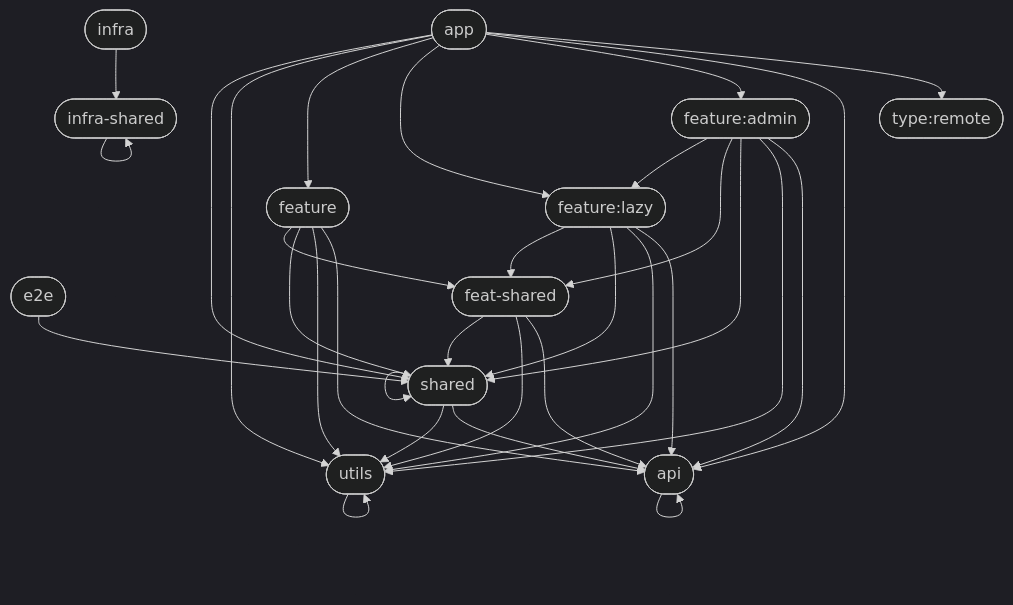
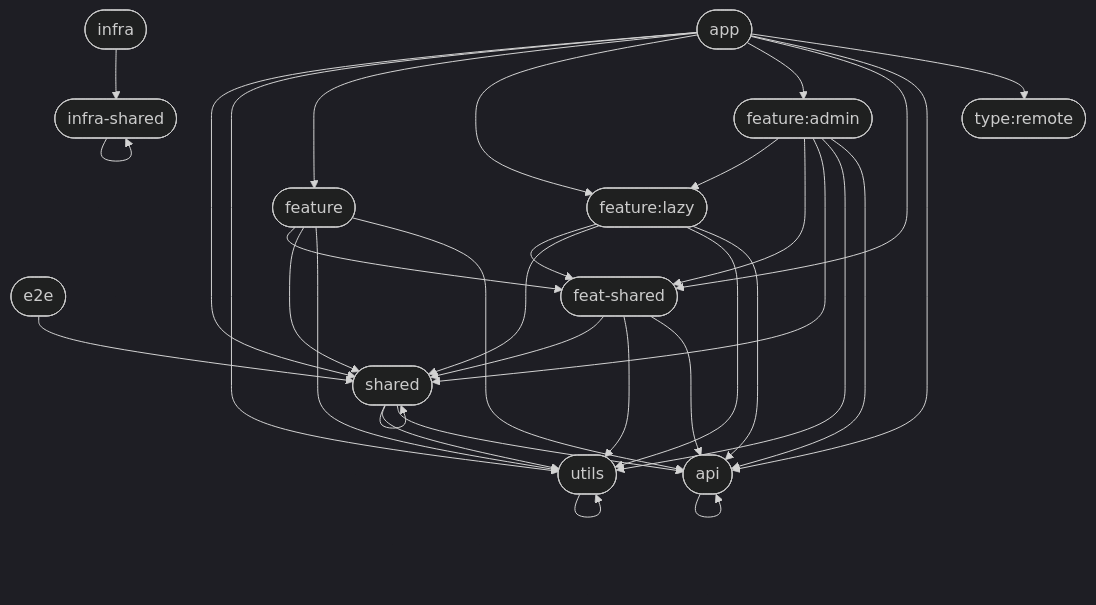
The second of 4 diagrams in docs/architecture/README.md (WolfSoko/wol-sok-mono), drawn with Mermaid (dark theme) before and after one commit. The commit also changed other lines of this file and 525 other files, not shown here.

````diff
--- a/docs/architecture/README.md
+++ b/docs/architecture/README.md
@@ -56,46 +60,47 @@
 ```mermaid
 flowchart TD
   api(["api"])
   app(["app"])
   e2e(["e2e"])
   feat_shared(["feat-shared"])
   feature(["feature"])
   feature_admin(["feature:admin"])
   feature_lazy(["feature:lazy"])
   infra(["infra"])
   infra_shared(["infra-shared"])
   shared(["shared"])
   type_remote(["type:remote"])
   utils(["utils"])
   app --> shared
   app --> utils
   app --> feature
   app --> feature_lazy
   app --> feature_admin
+  app --> feat_shared
   app --> api
   app --> type_remote
   infra --> infra_shared
   infra_shared --> infra_shared
   e2e --> shared
   feature --> feat_shared
   feature --> shared
   feature --> utils
   feature --> api
   feature_lazy --> feat_shared
   feature_lazy --> shared
   feature_lazy --> utils
   feature_lazy --> api
   feature_admin --> feature_lazy
   feature_admin --> feat_shared
   feature_admin --> shared
   feature_admin --> utils
   feature_admin --> api
   feat_shared --> shared
   feat_shared --> utils
   feat_shared --> api
   shared --> shared
   shared --> utils
   shared --> api
   utils --> utils
   api --> api
 ```
````
